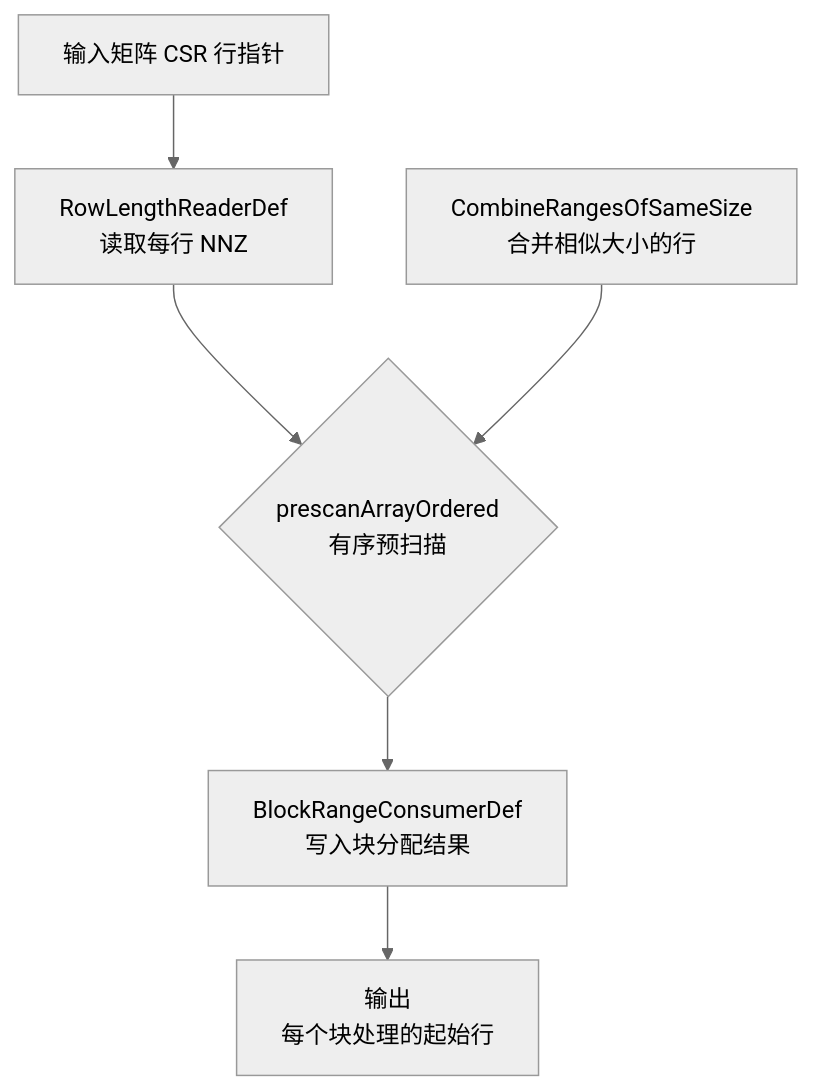
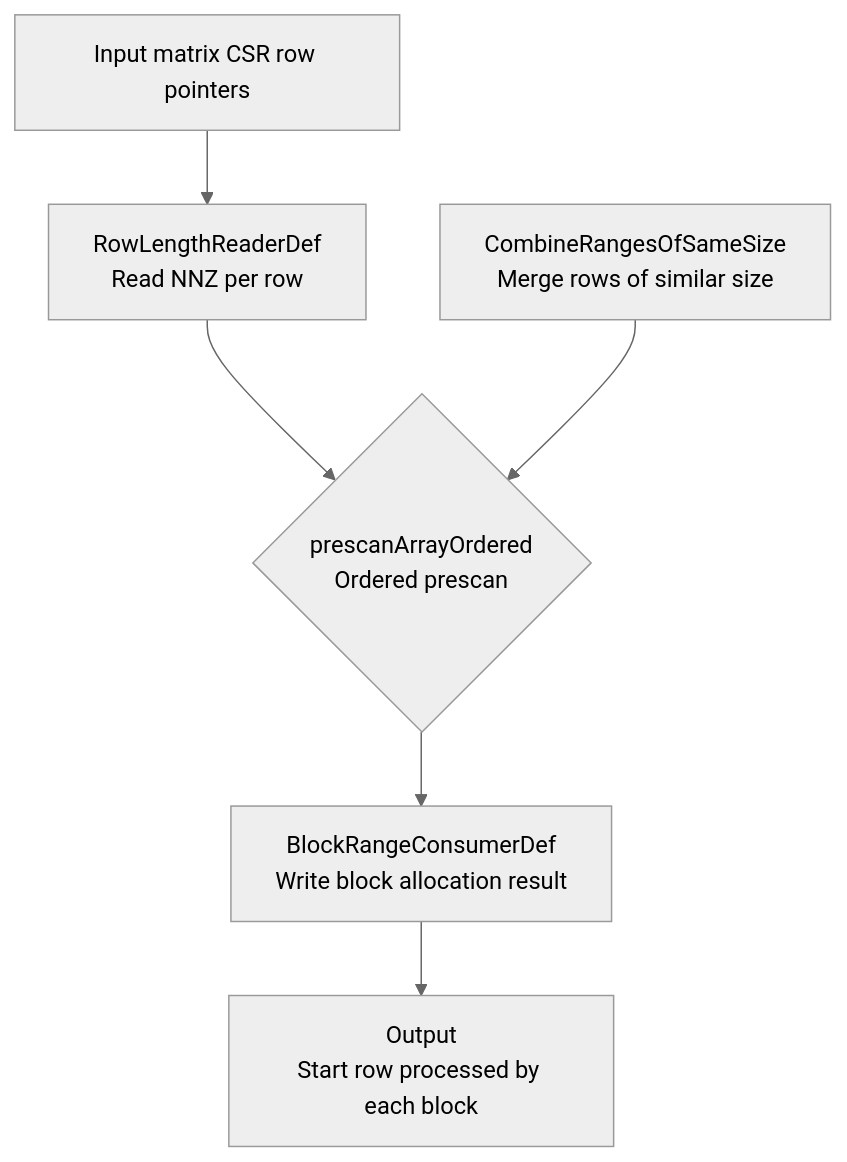
Before and after one commit to QiWu-NCIC/QiWu-KernelPerf: diagram 16 of 21 in KernelPerf/submissions/spmv/alphasparse/upstream/AlphasparseWiki .md, drawn with Mermaid (neutral theme). The commit also changed other lines of this file and 310 other files, not shown here.

````diff
--- a/KernelPerf/submissions/spmv/alphasparse/upstream/AlphasparseWiki .md
+++ b/KernelPerf/submissions/spmv/alphasparse/upstream/AlphasparseWiki .md
@@ -1411,8 +1410,8 @@
 ```mermaid
 graph TD
-    A[输入矩阵 CSR 行指针] --> B[RowLengthReaderDef<br>读取每行 NNZ];
-    B --> C{prescanArrayOrdered<br>有序预扫描};
-    D[CombineRangesOfSameSize<br>合并相似大小的行] --> C;
-    C --> E[BlockRangeConsumerDef<br>写入块分配结果];
-    E --> F[输出<br>每个块处理的起始行];
+    A[Input matrix CSR row pointers] --> B[RowLengthReaderDef<br>Read NNZ per row];
+    B --> C{prescanArrayOrdered<br>Ordered prescan};
+    D[CombineRangesOfSameSize<br>Merge rows of similar size] --> C;
+    C --> E[BlockRangeConsumerDef<br>Write block allocation result];
+    E --> F[Output<br>Start row processed by each block];
 ```
````
